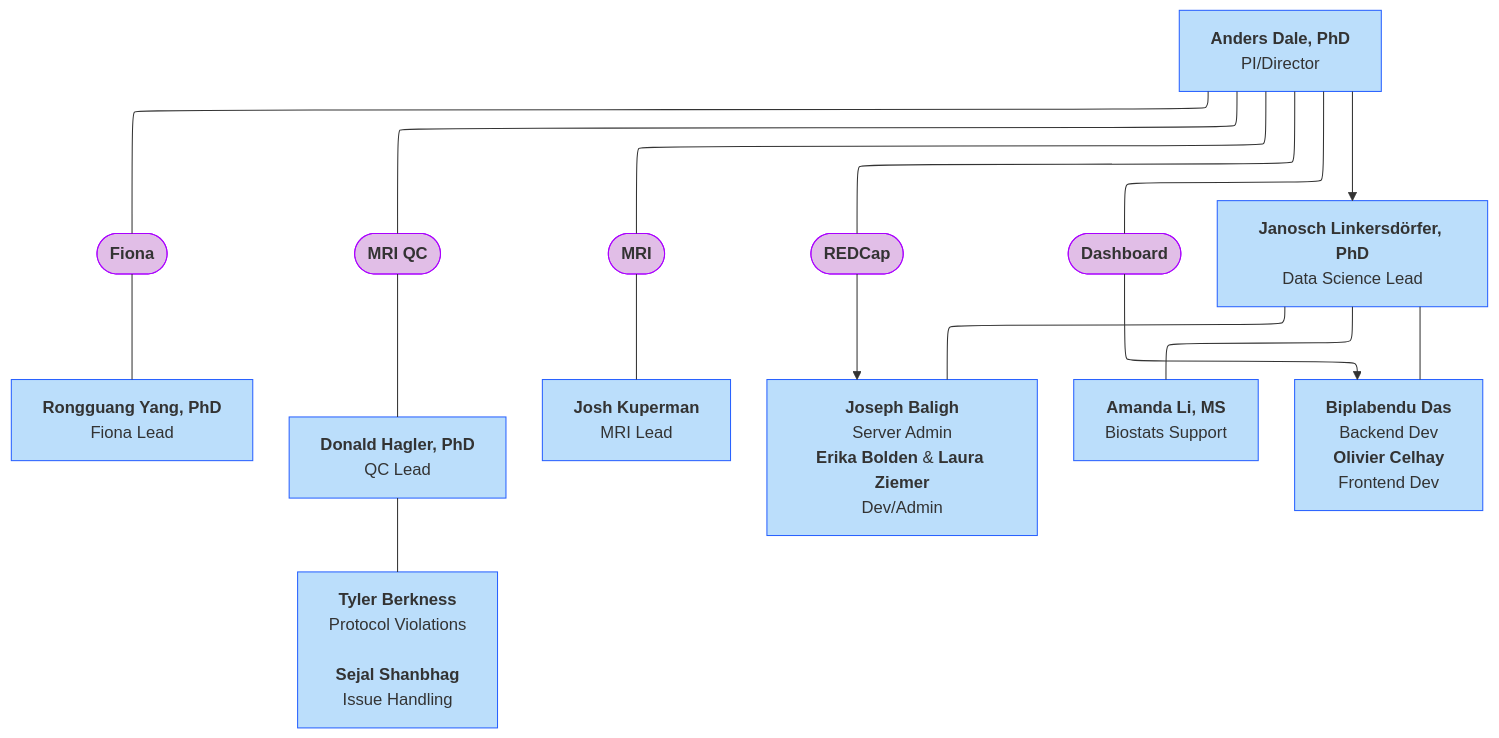
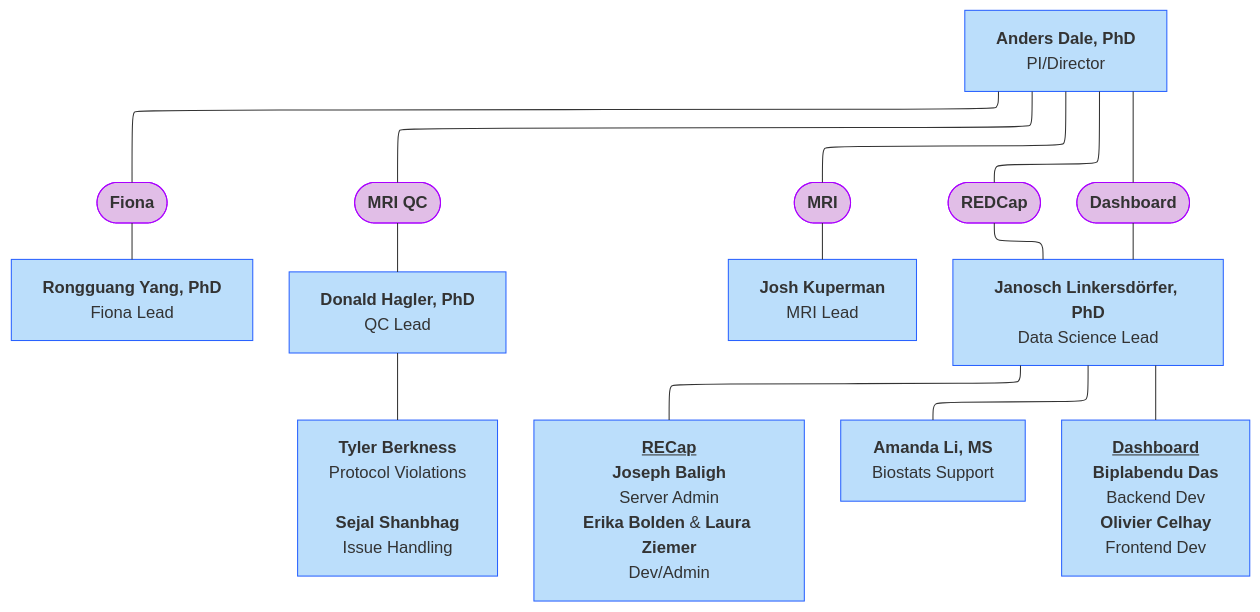
One commit to DCAN-Labs/hbcd-docs-internal changed the seventh of 9 diagrams in docs/orgcharts.md. Above: the diagram before and after it, drawn with Mermaid. The commit also changed other lines of this file and 1 other file, not shown here.

Commit message:
restore JCVI

````diff
--- a/docs/orgcharts.md
+++ b/docs/orgcharts.md
@@ -383,30 +383,32 @@
 ```mermaid
 ---
 config:
   layout: elk
 ---
 flowchart TB
-    A["<b>Anders Dale, PhD</b><br>PI/Director"] --- n1(["<b>Fiona</b>"]) & n2(["<b>MRI QC</b>"]) & n3(["<b>MRI</b>"]) & n6(["<b>REDCap</b>"]) & n15(["<b>Dashboard</b>"])
+    A["<b>Anders Dale, PhD</b><br>PI/Director"] 
+    --- n1(["<b>Fiona</b>"]) & n2(["<b>MRI QC</b>"]) & n3(["<b>MRI</b>"]) & n6(["<b>REDCap</b>"]) & n15(["<b>Dashboard</b>"])
     n1 --- n8["<b>Rongguang Yang, PhD</b><br>Fiona Lead<br>"]
     n2 --- n9["<b>Donald Hagler, PhD</b><br>QC Lead<br>"]
     n3 --- n10["<b>Josh Kuperman</b><br>MRI Lead"]
+    n6 --- n4["<b>Janosch Linkersdörfer, PhD</b><br>Data Science Lead"]
     n9 --- n13["<b>Tyler Berkness</b><br>Protocol Violations<br><br><b>Sejal Shanbhag</b><br>Issue Handling"]
-    n4["<b>Janosch Linkersdörfer, PhD</b><br>Data Science Lead"] --- n12["<b>Joseph Baligh</b><br>Server Admin<br><b>Erika Bolden</b> &amp; <b>Laura Ziemer</b><br>Dev/Admin"] & n18["<b>Amanda Li, MS</b><br>Biostats Support"] & n17["<b>Biplabendu Das</b><br>Backend Dev<br><b>Olivier Celhay</b><br>Frontend Dev"]
-    n6 --> n12
-    n15 --> n17
-    A --> n4
+    n15 --- n4
+    n4 --- n12["<b><b><u>RECap</u></b><br>Joseph Baligh</b><br>Server Admin<br><b>Erika Bolden</b> &amp; <b>Laura Ziemer</b><br>Dev/Admin"]
+    n4 --- n18["<b>Amanda Li, MS</b><br>Biostats Support"] 
+    n4 --- n17["<b><u>Dashboard</u></b><br><b>Biplabendu Das</b><br>Backend Dev<br><b>Olivier Celhay</b><br>Frontend Dev"]
     style A fill:#BBDEFB,stroke:#2962FF
     style n1 fill:#E1BEE7,stroke:#AA00FF
     style n2 fill:#E1BEE7,stroke:#AA00FF
     style n3 fill:#E1BEE7,stroke:#AA00FF
     style n6 fill:#E1BEE7,stroke:#AA00FF
     style n15 fill:#E1BEE7,stroke:#AA00FF
     style n8 fill:#BBDEFB,stroke:#2962FF
     style n9 fill:#BBDEFB,stroke:#2962FF
     style n10 fill:#BBDEFB,stroke:#2962FF
+    style n4 fill:#BBDEFB,stroke:#2962FF
     style n13 fill:#BBDEFB,stroke:#2962FF
-    style n4 fill:#BBDEFB,stroke:#2962FF
     style n12 fill:#BBDEFB,stroke:#2962FF
     style n18 fill:#BBDEFB,stroke:#2962FF
     style n17 fill:#BBDEFB,stroke:#2962FF
 ```
````
